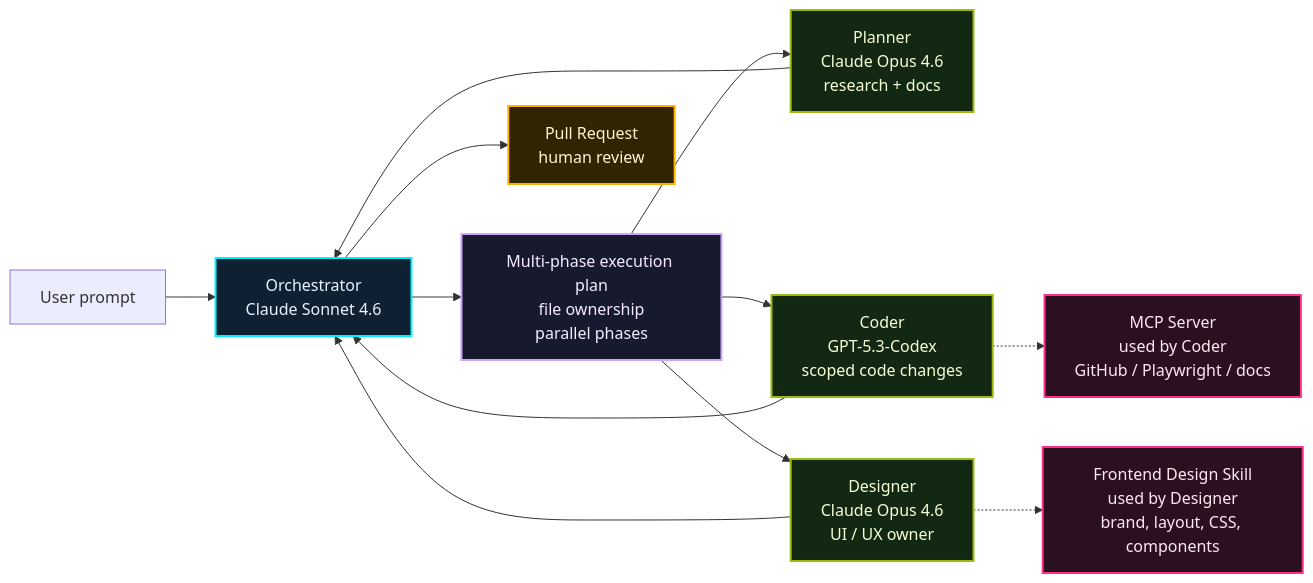
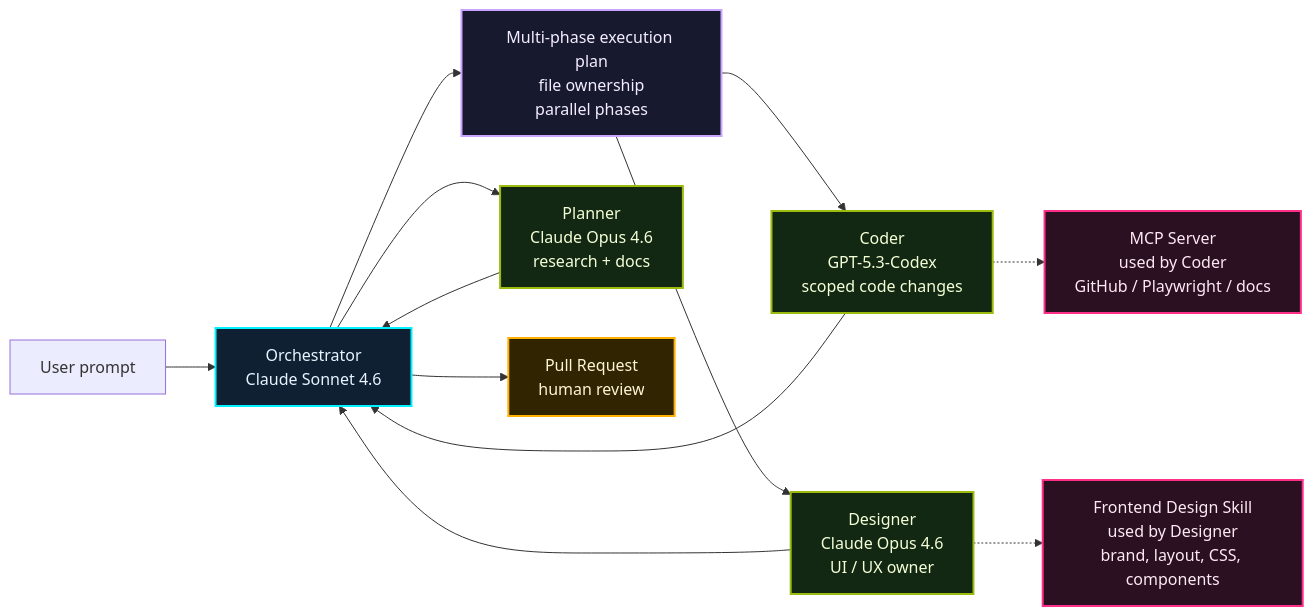
Before and after one commit to theomonfort/theomonfort: the diagram in src/content/glossary/harness-engineering.md, drawn with Mermaid.

Commit message:
Adjust Ultralight planner arrow

````diff
--- a/src/content/glossary/harness-engineering.md
+++ b/src/content/glossary/harness-engineering.md
@@ -95,28 +95,28 @@
 ```mermaid
 flowchart LR
   User[User prompt] --> O[Orchestrator<br/>Claude Sonnet 4.6]
 
   O --> Plan[Multi-phase execution plan<br/>file ownership<br/>parallel phases]
-  Plan --> P[Planner<br/>Claude Opus 4.6<br/>research + docs]
+  O --> P[Planner<br/>Claude Opus 4.6<br/>research + docs]
   Plan --> C[Coder<br/>GPT-5.3-Codex<br/>scoped code changes]
   Plan --> D[Designer<br/>Claude Opus 4.6<br/>UI / UX owner]
 
   D -.-> S[Frontend Design Skill<br/>used by Designer<br/>brand, layout, CSS, components]
   C -.-> M[MCP Server<br/>used by Coder<br/>GitHub / Playwright / docs]
 
   P --> O
   C --> O
   D --> O
   O --> R[Pull Request<br/>human review]
 
   classDef host fill:#102033,stroke:#00f0ff,color:#e8f4ff,stroke-width:2px;
   classDef plan fill:#17192f,stroke:#c9a5ff,color:#f5edff,stroke-width:2px;
   classDef agent fill:#132812,stroke:#9bbc0f,color:#f4ffd8,stroke-width:2px;
   classDef harness fill:#2a1020,stroke:#ff2e88,color:#ffe8f4,stroke-width:2px;
   classDef ship fill:#302500,stroke:#ffb000,color:#fff4d6,stroke-width:2px;
   class O host;
   class Plan plan;
   class P,C,D agent;
   class S,M harness;
   class R ship;
 ```
````
